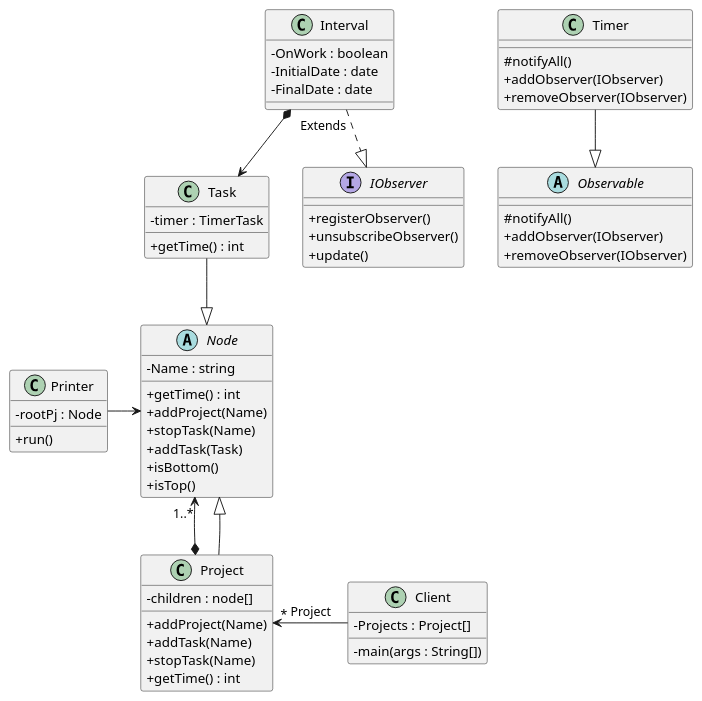
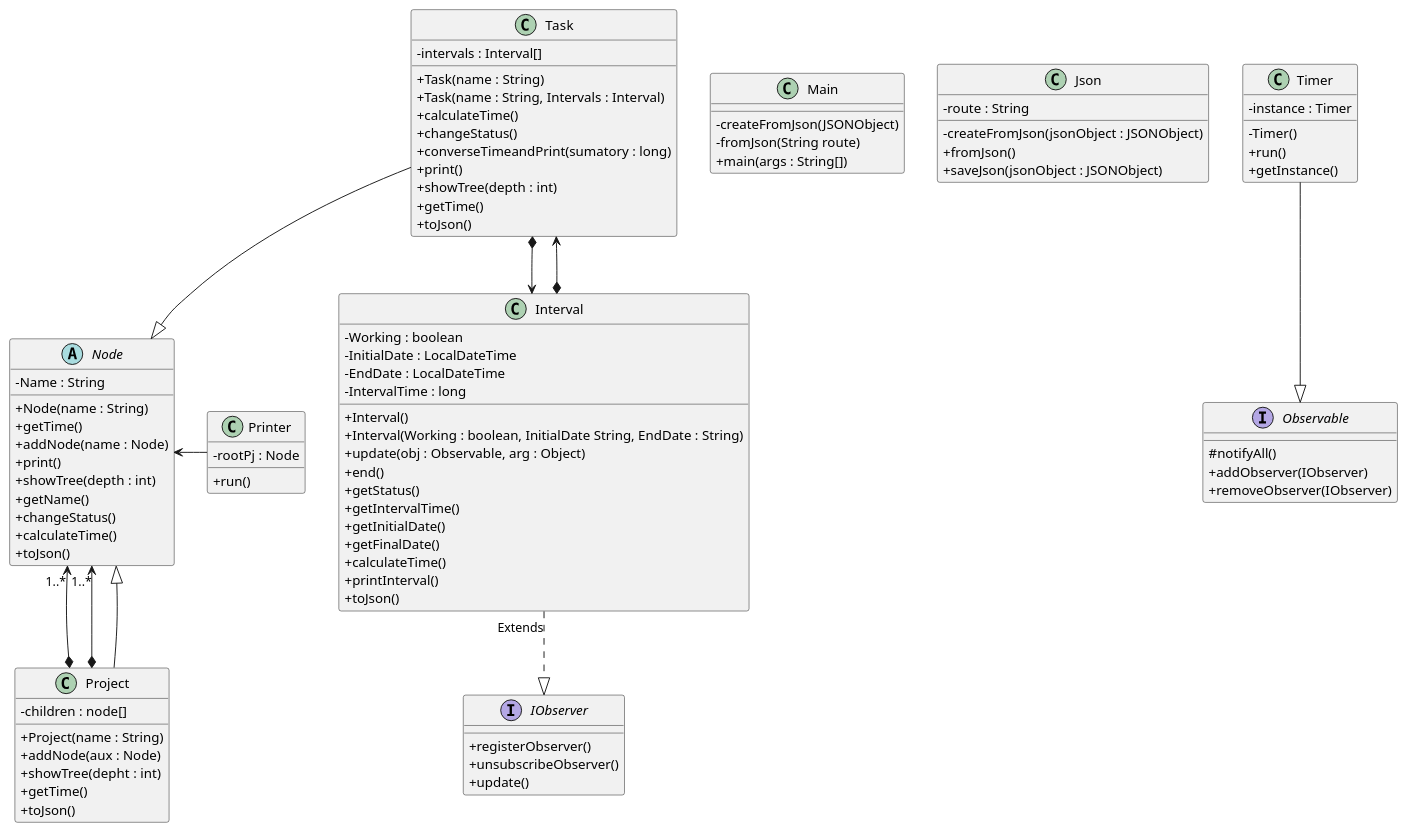
Before and after one commit to lluisalonsop/PracticaDS-2021-2022: the diagram in model.puml, drawn with PlantUML.

```diff
--- a/model.puml
+++ b/model.puml
@@ -1,65 +1,104 @@
 @startuml
 
 skinparam classAttributeIconSize 0
 
-class Client {
-    - Projects : Project[]
-    - main(args : String[])
+class Main {
+    - createFromJson(JSONObject)
+    - fromJson(String route)
+    + main(args : String[])
+}
+
+class Json {
+    - route : String
+    - createFromJson(jsonObject : JSONObject)
+    + fromJson()
+    + saveJson(jsonObject : JSONObject)
 }
 
 Abstract Node{
-    - Name : string
-    + getTime() : int
-    + addProject(Name)
-    +stopTask(Name)
-    + addTask(Task)
-    + isBottom()
-    + isTop()
+    - Name : String
+    + Node(name : String)
+    + getTime()
+    + addNode(name : Node)
+    + print()
+    + showTree(depth : int)
+    + getName()
+    + changeStatus()
+    + calculateTime()
+    + toJson()
 }
 
 class Project {
     - children : node[]
-    + addProject(Name)
-    + addTask(Name)
-    + stopTask(Name)
-    + getTime() : int
+    + Project(name : String)
+    + addNode(aux : Node)
+    + showTree(depht : int)
+    + getTime()
+    + toJson()
 }
 
 class Task {
-    - timer : TimerTask
-    + getTime() : int
+    - intervals : Interval[]
+    + Task(name : String) 
+    + Task(name : String, Intervals : Interval)
+    + calculateTime()
+    + changeStatus()
+    + converseTimeandPrint(sumatory : long)
+    + print()
+    + showTree(depth : int)
+    + getTime()
+    + toJson()
 }
 class Interval{
-    - OnWork : boolean
-    -InitialDate : date
-    -FinalDate : date
+    - Working : boolean
+    - InitialDate : LocalDateTime
+    - EndDate : LocalDateTime
+    - IntervalTime : long
+    + Interval()
+    + Interval(Working : boolean, InitialDate String, EndDate : String)
+    + update(obj : Observable, arg : Object)
+    + end()
+    + getStatus()
+    + getIntervalTime()
+    + getInitialDate()
+    + getFinalDate()
+    + calculateTime()
+    + printInterval()
+    + toJson()
 }
 
-Abstract Observable{
+Interface Observable{
     #notifyAll()
     +addObserver(IObserver)
     +removeObserver(IObserver)
 }
+
 class Timer{
-    #notifyAll()
-    +addObserver(IObserver)
-    +removeObserver(IObserver)
+    - instance : Timer
+    - Timer()
+    + run()
+    + getInstance()
 }
+
 class Printer{
     -rootPj : Node
     + run()
 }
+
 Interface (IObserver){
     +registerObserver()
     +unsubscribeObserver()
     +update()
 }
+
+Task *--> Interval
+Project *-up-> "1..*" Node
+
 Interval *--> Task
 Project *-up-> "1..*" Node
-Client -left-> "*" Project: Project
 Task -down-|> Node
 Project -up-|> Node
 Timer --|> Observable
 Interval "Extends" ..|> IObserver
 Printer -> Node
 @enduml
```
